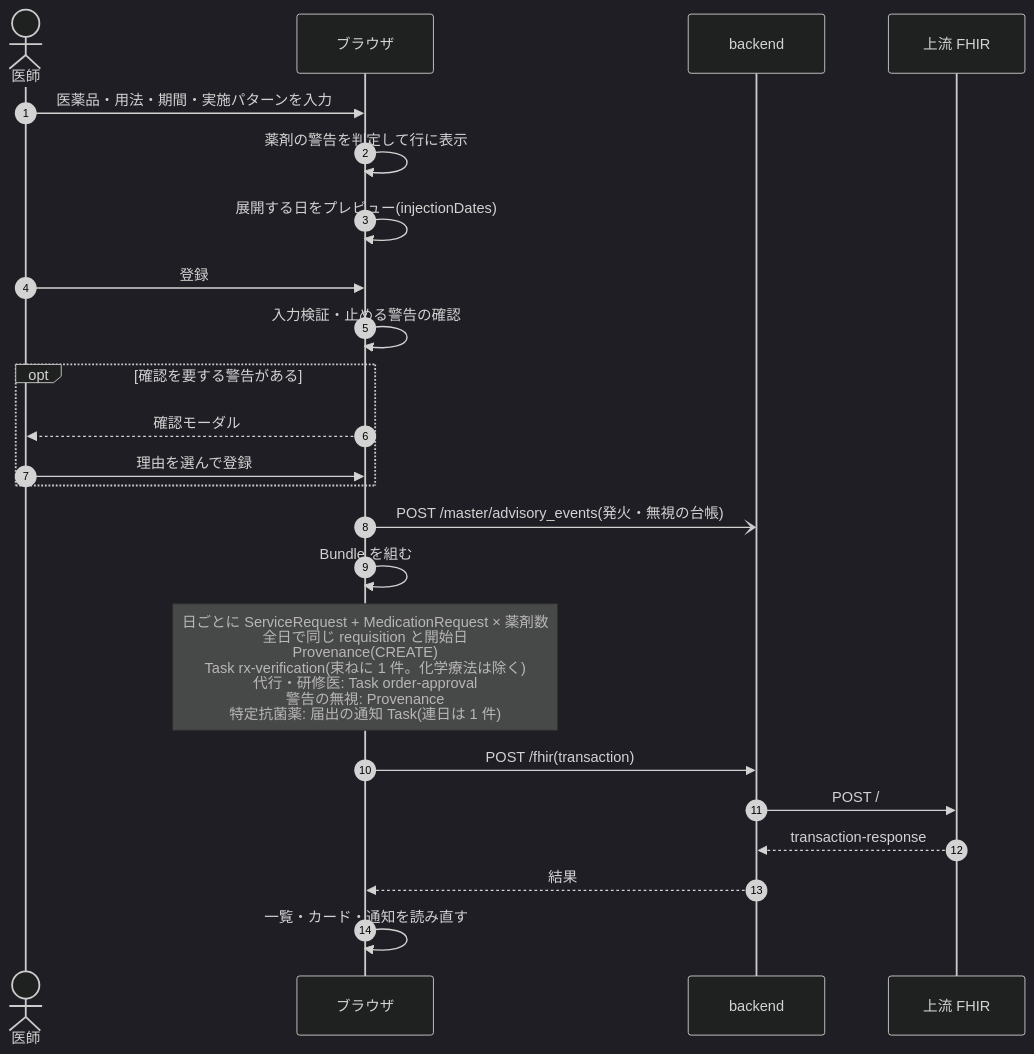
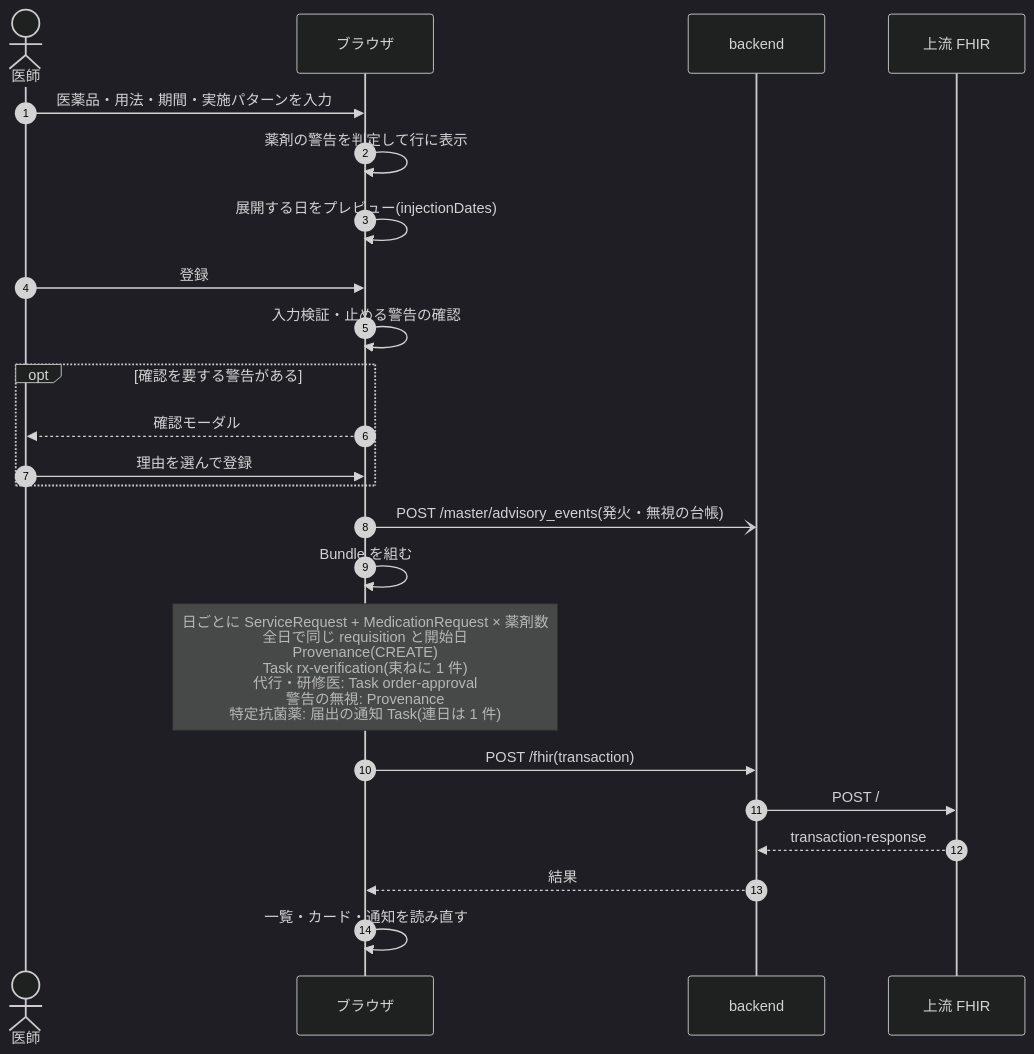
The fourth of 9 diagrams in docs/order-flows/injection.md (ysnr-dev/fhir-client), drawn with Mermaid (dark theme) before and after one commit. The commit also changed other lines of this file, not shown here.

````diff
--- a/docs/order-flows/injection.md
+++ b/docs/order-flows/injection.md
@@ -214,26 +210,26 @@
 ```mermaid
 sequenceDiagram
   autonumber
   actor Dr as 医師
   participant UI as ブラウザ
   participant BE as backend
   participant FHIR as 上流 FHIR
 
   Dr->>UI: 医薬品・用法・期間・実施パターンを入力
   UI->>UI: 薬剤の警告を判定して行に表示
   UI->>UI: 展開する日をプレビュー(injectionDates)
   Dr->>UI: 登録
   UI->>UI: 入力検証・止める警告の確認
   opt 確認を要する警告がある
     UI-->>Dr: 確認モーダル
     Dr->>UI: 理由を選んで登録
   end
   UI-)BE: POST /master/advisory_events(発火・無視の台帳)
   UI->>UI: Bundle を組む
-  Note over UI: 日ごとに ServiceRequest + MedicationRequest × 薬剤数<br/>全日で同じ requisition と開始日<br/>Provenance(CREATE)<br/>Task rx-verification(束ねに 1 件。化学療法は除く)<br/>代行・研修医: Task order-approval<br/>警告の無視: Provenance<br/>特定抗菌薬: 届出の通知 Task(連日は 1 件)
+  Note over UI: 日ごとに ServiceRequest + MedicationRequest × 薬剤数<br/>全日で同じ requisition と開始日<br/>Provenance(CREATE)<br/>Task rx-verification(束ねに 1 件)<br/>代行・研修医: Task order-approval<br/>警告の無視: Provenance<br/>特定抗菌薬: 届出の通知 Task(連日は 1 件)
   UI->>BE: POST /fhir(transaction)
   BE->>FHIR: POST /
   FHIR-->>BE: transaction-response
   BE-->>UI: 結果
   UI->>UI: 一覧・カード・通知を読み直す
 ```
````
